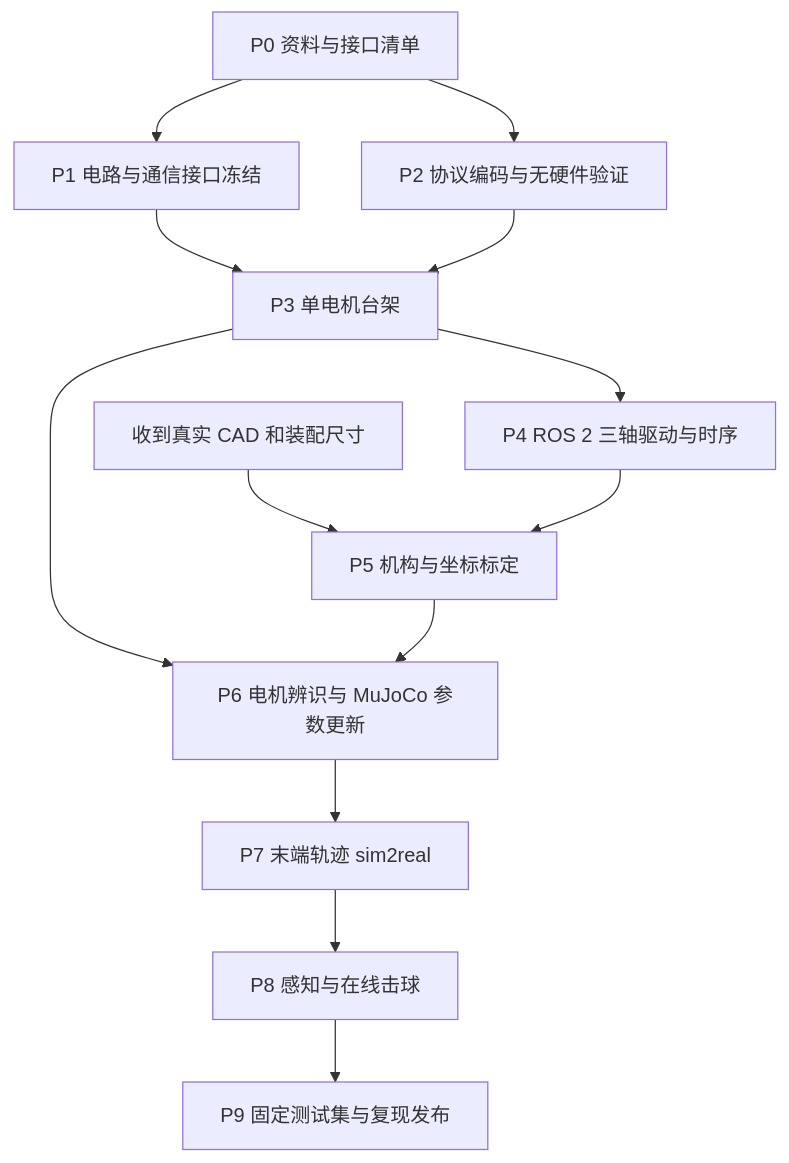
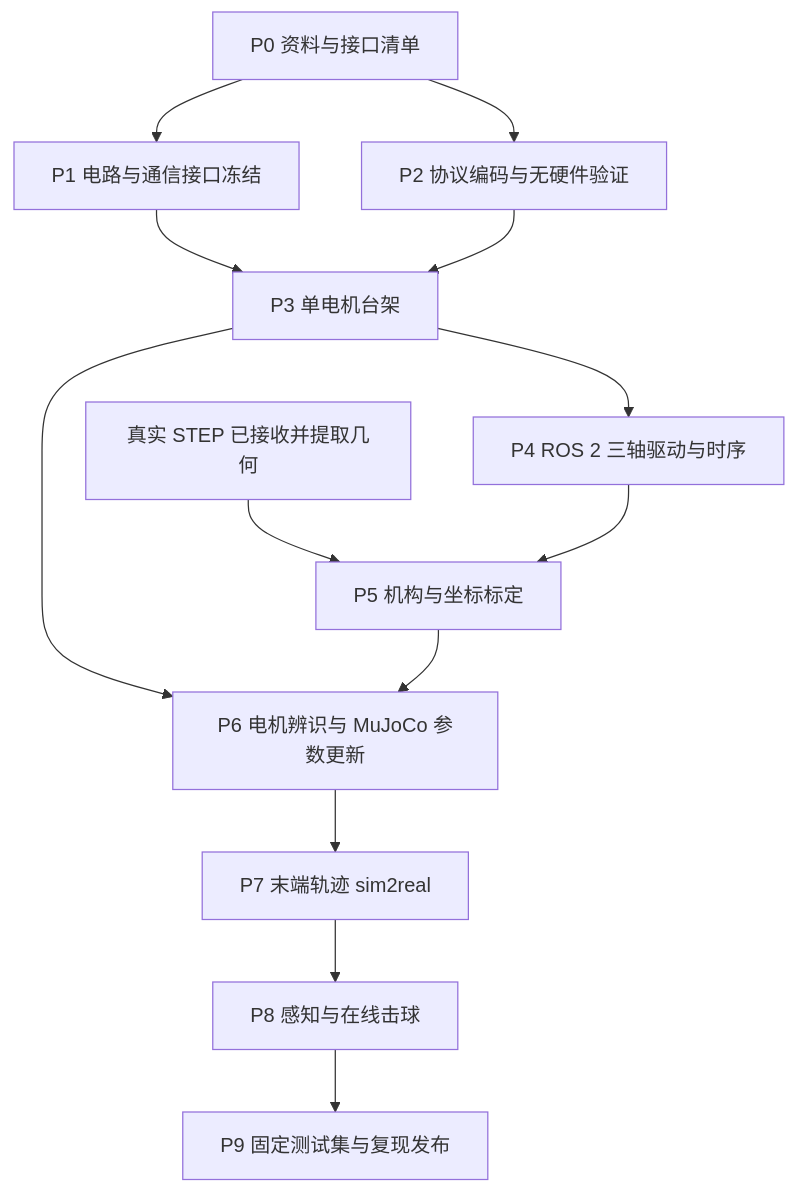
One commit to daiqg/delta_arm changed the first of 2 diagrams in delta_real/PIPELINE.md. Above: the diagram before and after it, drawn with Mermaid. The commit also changed other lines of this file and 12 other files, not shown here.

````diff
--- a/delta_real/PIPELINE.md
+++ b/delta_real/PIPELINE.md
@@ -23,15 +23,15 @@
 ```mermaid
 flowchart TD
     A[P0 资料与接口清单] --> B[P1 电路与通信接口冻结]
     A --> C[P2 协议编码与无硬件验证]
     B --> D[P3 单电机台架]
     C --> D
     D --> E[P4 ROS 2 三轴驱动与时序]
-    G[收到真实 CAD 和装配尺寸] --> F[P5 机构与坐标标定]
+    G[真实 STEP 已接收并提取几何] --> F[P5 机构与坐标标定]
     E --> F
     D --> H[P6 电机辨识与 MuJoCo 参数更新]
     F --> H
     H --> I[P7 末端轨迹 sim2real]
     I --> J[P8 感知与在线击球]
     J --> K[P9 固定测试集与复现发布]
 ```
````
